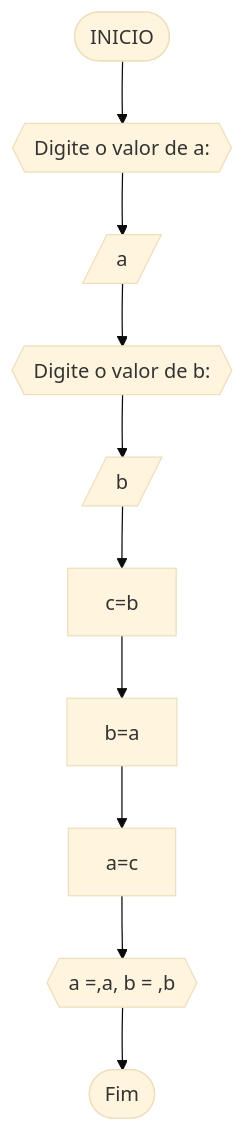
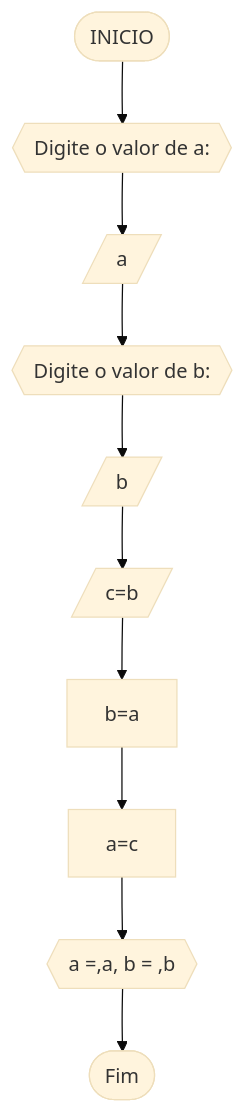
Before and after one commit to IsyCirino/unifor: the first of 7 diagrams in RLA/unidade1/AD1.md, drawn with Mermaid (base theme).

````diff
--- a/RLA/unidade1/AD1.md
+++ b/RLA/unidade1/AD1.md
@@ -51,12 +51,12 @@
 ```mermaid
 flowchart TD
 A([INICIO]) --> B{{Digite o valor de a: }}
 B-->C[/a/]
 C-->D{{Digite o valor de b: }}
 D-->E[/b/]
-E-->F[c=b]
+E-->F[/c=b/]
 F-->G[b=a]
 G-->H[a=c]
 H-->I{{a =,a, b = ,b}}
 I-->J([Fim])
 ```
````
